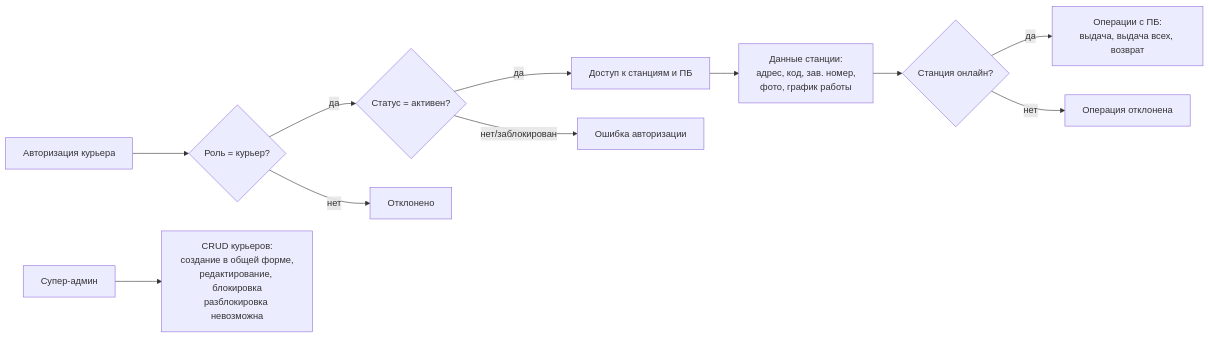
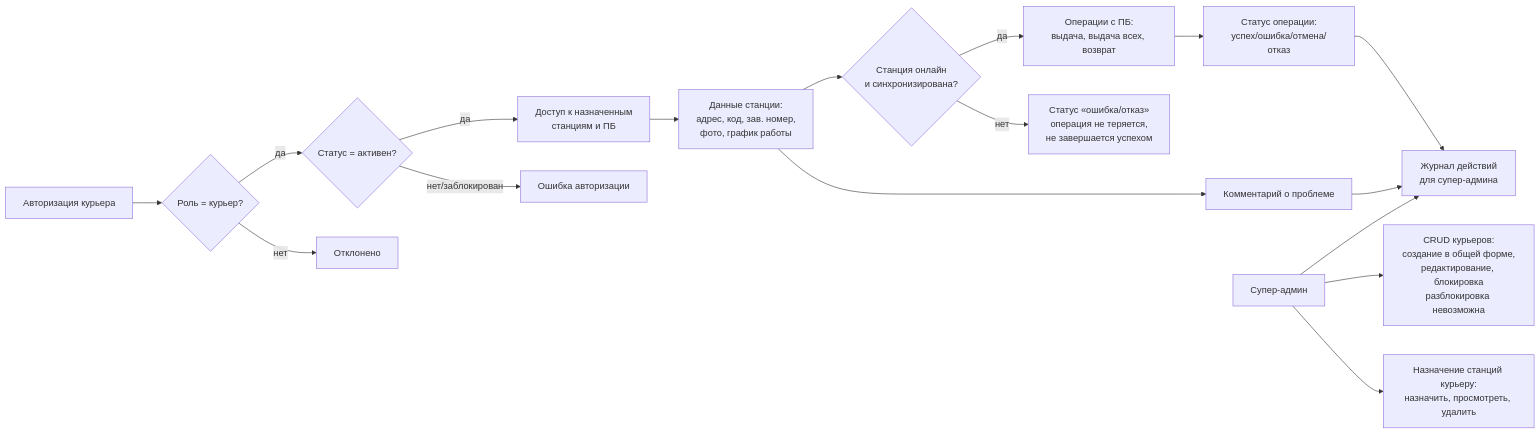
The second of 2 diagrams in sa/docs/admin/courier-management/diagrams/overview.md (yatsin11-gif/gz-documentation), drawn with Mermaid before and after one commit. The commit also changed other lines of this file and 7 other files, not shown here.

````diff
--- a/sa/docs/admin/courier-management/diagrams/overview.md
+++ b/sa/docs/admin/courier-management/diagrams/overview.md
@@ -28,13 +32,19 @@
 ```mermaid
 flowchart LR
     AUTH[Авторизация курьера] --> ROLE{Роль = курьер?}
     ROLE -->|да| ACTIVE{Статус = активен?}
     ROLE -->|нет| DENY1[Отклонено]
-    ACTIVE -->|да| ACCESS[Доступ к станциям и ПБ]
+    ACTIVE -->|да| ACCESS[Доступ к назначенным<br/>станциям и ПБ]
     ACTIVE -->|нет/заблокирован| DENY2[Ошибка авторизации]
     ACCESS --> STDATA[Данные станции:<br/>адрес, код, зав. номер,<br/>фото, график работы]
-    STDATA --> STATION{Станция онлайн?}
+    STDATA --> STATION{Станция онлайн<br/>и синхронизирована?}
     STATION -->|да| PBOPS[Операции с ПБ:<br/>выдача, выдача всех, возврат]
-    STATION -->|нет| REJECT[Операция отклонена]
+    STATION -->|нет| REJECT[Статус «ошибка/отказ»<br/>операция не теряется,<br/>не завершается успехом]
+    PBOPS --> STATUS[Статус операции:<br/>успех/ошибка/отмена/отказ]
+    STDATA --> CMT[Комментарий о проблеме]
+    STATUS --> JOURNAL[Журнал действий<br/>для супер-админа]
+    CMT --> JOURNAL
     SADMIN[Супер-админ] --> MANAGE[CRUD курьеров:<br/>создание в общей форме,<br/>редактирование, блокировка<br/>разблокировка невозможна]
+    SADMIN --> ASSIGN[Назначение станций курьеру:<br/>назначить, просмотреть, удалить]
+    SADMIN --> JOURNAL
 ```
````
